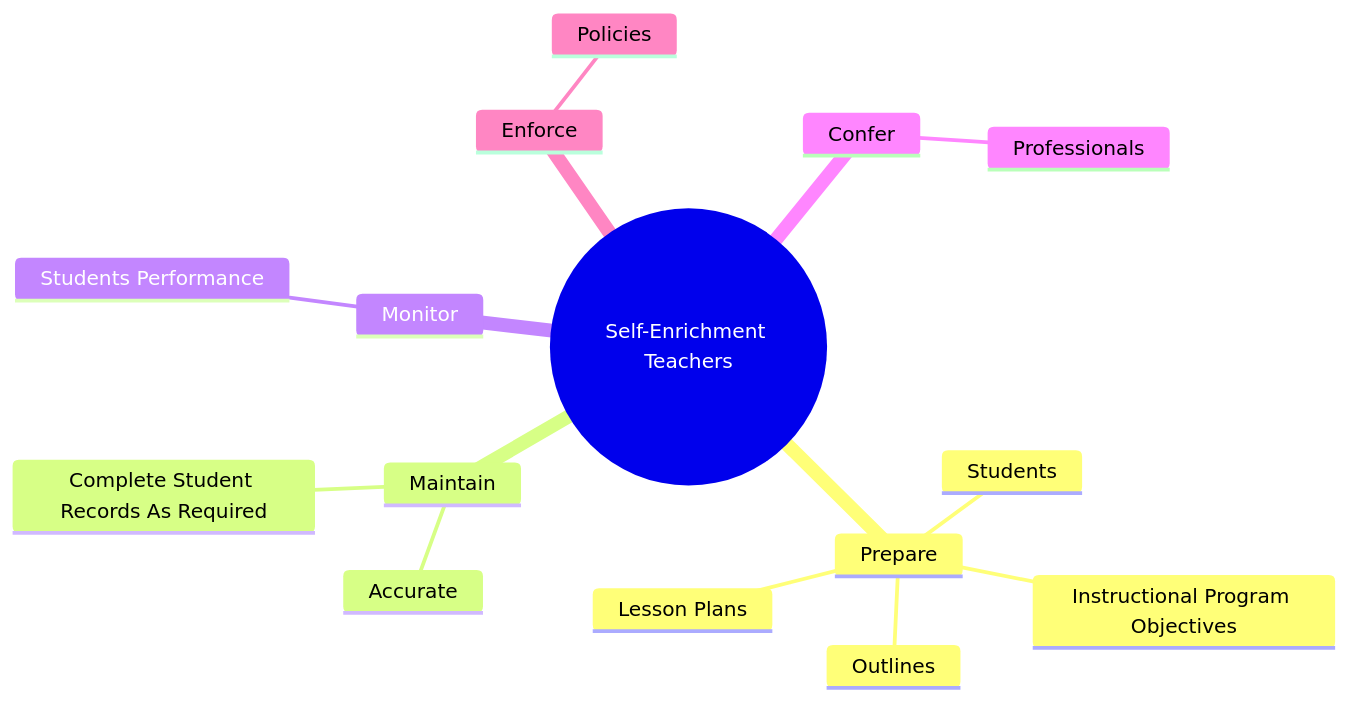
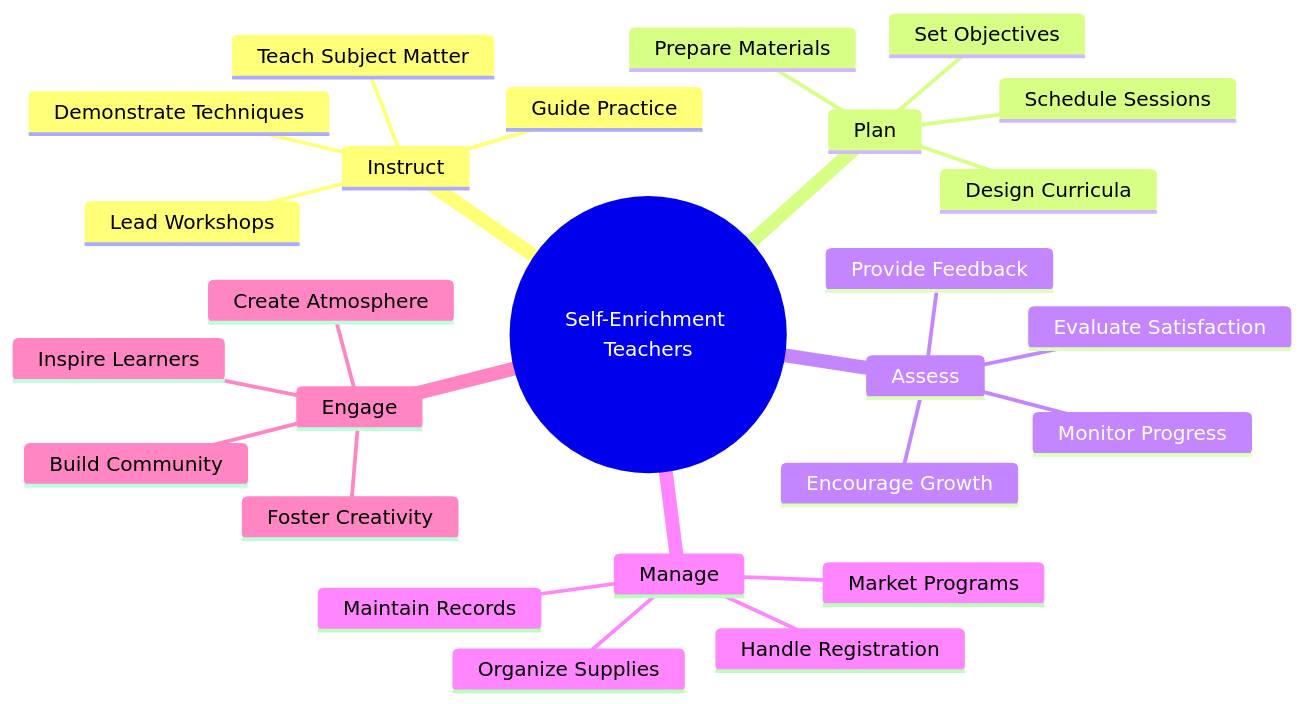
Before and after one commit to kziemski/business.org.ai: the second of 4 diagrams in occupations/Education/SelfEnrichmentTeachers.mdx, drawn with Mermaid. The commit also changed other lines of this file and 938 other files, not shown here.

````diff
--- a/occupations/Education/SelfEnrichmentTeachers.mdx
+++ b/occupations/Education/SelfEnrichmentTeachers.mdx
@@ -37,18 +45,29 @@
 ```mermaid
 mindmap
     root(("Self-Enrichment Teachers"))
-        Prepare
-            Students
-            Instructional Program Objectives
-            Outlines
-            Lesson Plans
-        Maintain
-            Accurate
-            Complete Student Records As Required
-        Monitor
-            Students Performance
-        Confer
-            Professionals
-        Enforce
-            Policies
+        Instruct
+            Teach Subject Matter
+            Demonstrate Techniques
+            Lead Workshops
+            Guide Practice
+        Plan
+            Design Curricula
+            Prepare Materials
+            Set Objectives
+            Schedule Sessions
+        Assess
+            Monitor Progress
+            Provide Feedback
+            Encourage Growth
+            Evaluate Satisfaction
+        Manage
+            Maintain Records
+            Organize Supplies
+            Market Programs
+            Handle Registration
+        Engage
+            Build Community
+            Foster Creativity
+            Inspire Learners
+            Create Atmosphere
 ```
````
